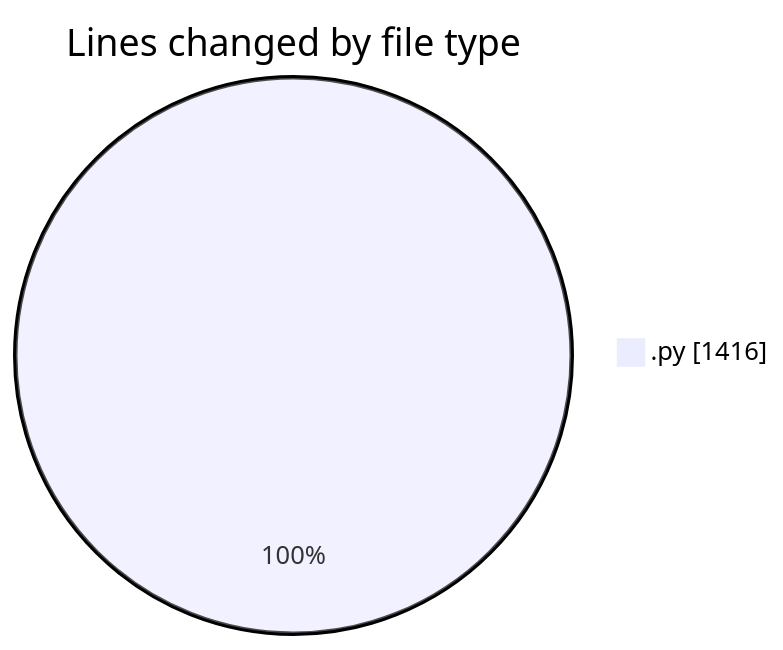
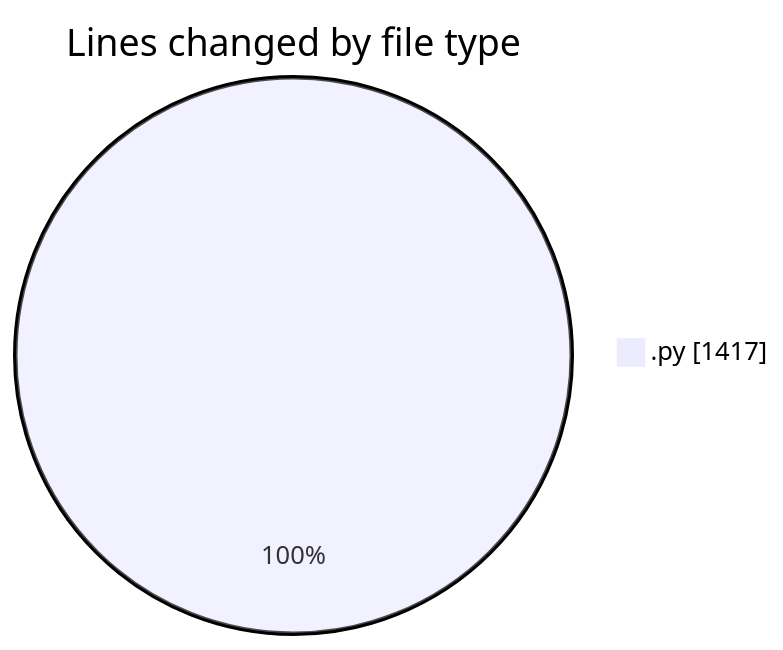
One commit to MatusMokan/code-tracking changed the first of 2 diagrams in 2025-04-18/myws__workspace_/README.md. Above: the diagram before and after it, drawn with Mermaid. The commit also changed other lines of this file and 1 other file, not shown here.

````diff
--- a/2025-04-18/myws__workspace_/README.md
+++ b/2025-04-18/myws__workspace_/README.md
@@ -20,5 +20,5 @@
 ```mermaid
 pie showData
 title Lines changed by file type
-".py" : 1416
+".py" : 1417
 ```
````
